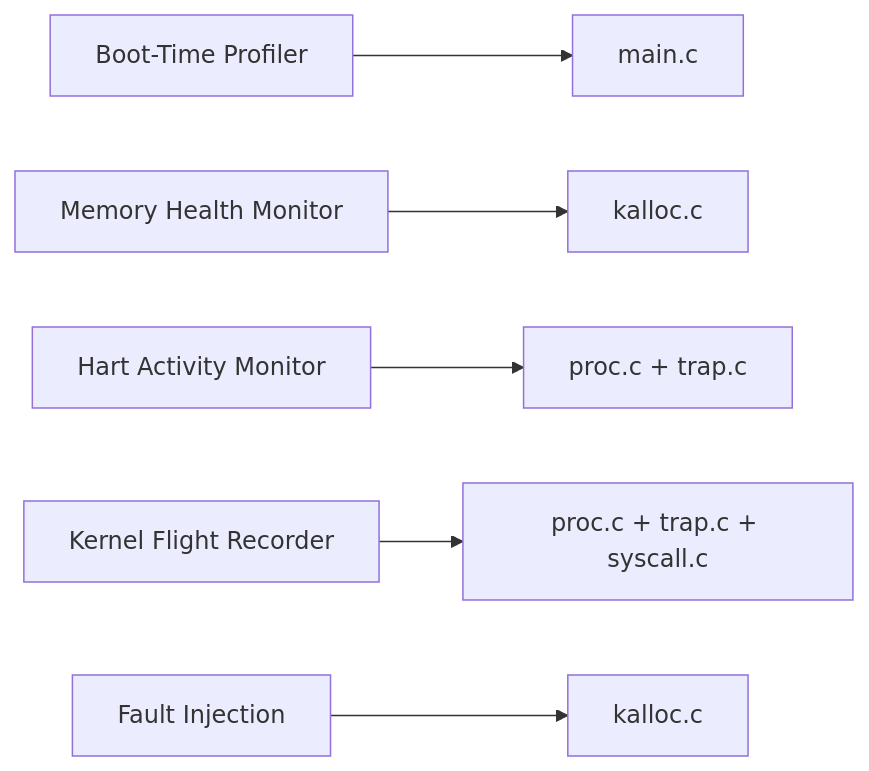
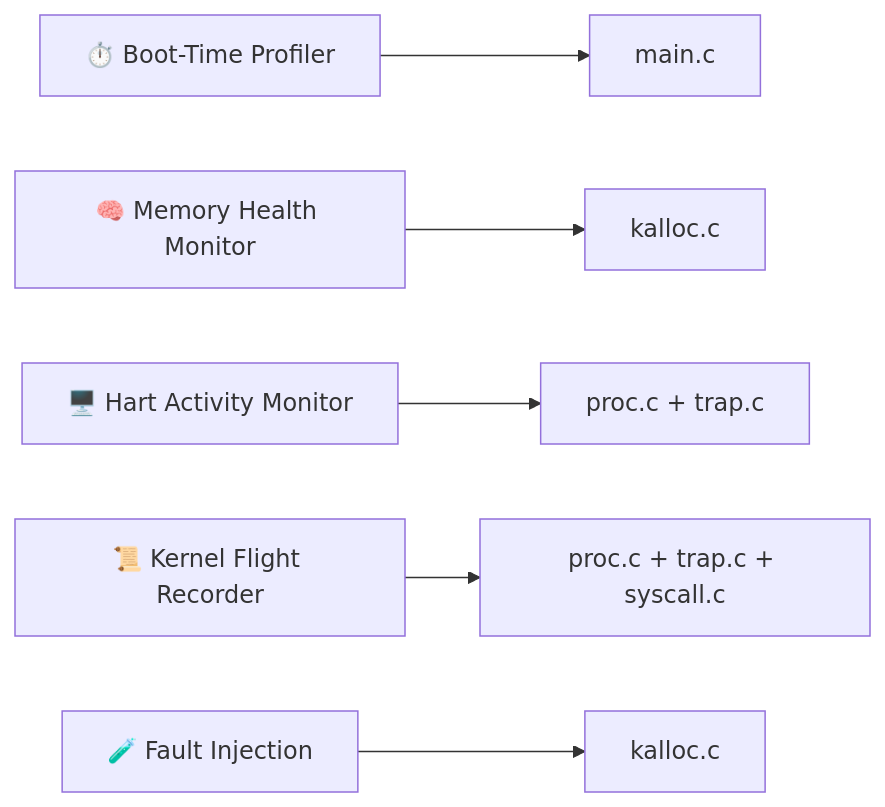
The third of 3 diagrams in README.md (haseebniazii/KStats-Lightweight-Kernel-Statistics-for-xv6-RISC-V), drawn with Mermaid before and after one commit. The commit also changed other lines of this file, not shown here.

````diff
--- a/README.md
+++ b/README.md
@@ -92,9 +93,9 @@
 ```mermaid
 flowchart LR
 
-    M1["Boot-Time Profiler"] --> F1["main.c"]
-    M2["Memory Health Monitor"] --> F2["kalloc.c"]
-    M3["Hart Activity Monitor"] --> F3["proc.c + trap.c"]
-    M4["Kernel Flight Recorder"] --> F4["proc.c + trap.c + syscall.c"]
-    M5["Fault Injection"] --> F5["kalloc.c"]
+    M1["⏱️ Boot-Time Profiler"] --> F1["main.c"]
+    M2["🧠 Memory Health Monitor"] --> F2["kalloc.c"]
+    M3["🖥️ Hart Activity Monitor"] --> F3["proc.c + trap.c"]
+    M4["📜 Kernel Flight Recorder"] --> F4["proc.c + trap.c + syscall.c"]
+    M5["🧪 Fault Injection"] --> F5["kalloc.c"]
 ```
````
